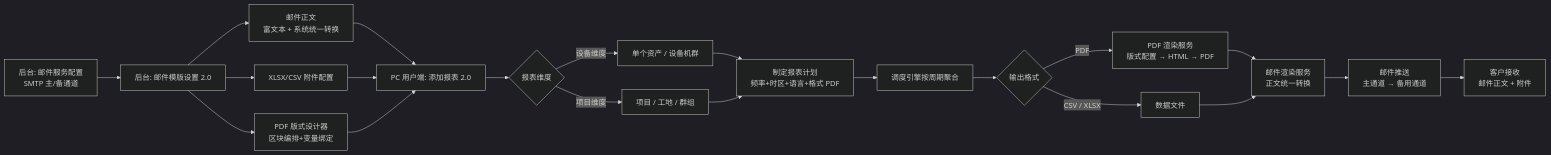
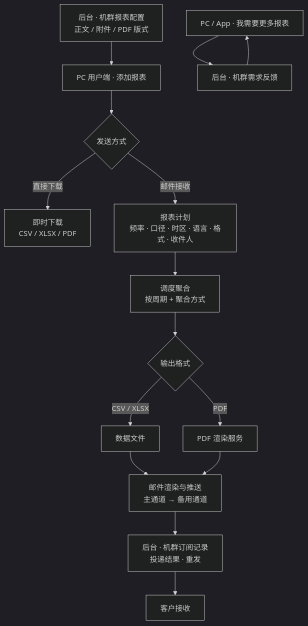
Before and after one commit to nametp1/xiangmubaogao: the first of 3 diagrams in 三一设备报表项目PRDv2.0.md, drawn with Mermaid (dark theme). The commit also changed other lines of this file and 37 other files, not shown here.

````diff
--- a/三一设备报表项目PRDv2.0.md
+++ b/三一设备报表项目PRDv2.0.md
@@ -50,23 +42,17 @@
 ```mermaid
-flowchart LR
-    A[后台: 邮件服务配置<br/>SMTP 主/备通道] --> B[后台: 邮件模版设置 2.0]
-    B --> B1[邮件正文<br/>富文本 + 系统统一转换]
-    B --> B2[XLSX/CSV 附件配置]
-    B --> B3[PDF 版式设计器<br/>区块编排+变量绑定]
-    B1 --> C[PC 用户端: 添加报表 2.0]
-    B2 --> C
-    B3 --> C
-    C --> C1{报表维度}
-    C1 -->|设备维度| C2[单个资产 / 设备机群]
-    C1 -->|项目维度| C3[项目 / 工地 / 群组]
-    C2 --> D[制定报表计划<br/>频率+时区+语言+格式 PDF]
-    C3 --> D
-    D --> E[调度引擎按周期聚合]
-    E --> F{输出格式}
-    F -->|CSV / XLSX| G[数据文件]
-    F -->|PDF| H[PDF 渲染服务<br/>版式配置 → HTML → PDF]
-    H --> I[邮件渲染服务<br/>正文统一转换]
-    G --> I
-    I --> J[邮件推送<br/>主通道 → 备用通道]
-    J --> K[客户接收<br/>邮件正文 + 附件]
+flowchart TB
+    B[后台 · 机群报表配置<br/>正文 / 附件 / PDF 版式] --> C[PC 用户端 · 添加报表]
+    C --> D{发送方式}
+    D -->|直接下载| E[即时下载<br/>CSV / XLSX / PDF]
+    D -->|邮件接收| F[报表计划<br/>频率 · 口径 · 时区 · 语言 · 格式 · 收件人]
+    F --> G[调度聚合<br/>按周期 + 聚合方式]
+    G --> H{输出格式}
+    H -->|CSV / XLSX| I[数据文件]
+    H -->|PDF| J[PDF 渲染服务]
+    I --> K[邮件渲染与推送<br/>主通道 → 备用通道]
+    J --> K
+    K --> M[后台 · 机群订阅记录<br/>投递结果 · 重发]
+    M --> N[客户接收]
+    O[PC / App · 我需要更多报表] --> P[后台 · 机群需求反馈]
+    P --> O
 ```
````
